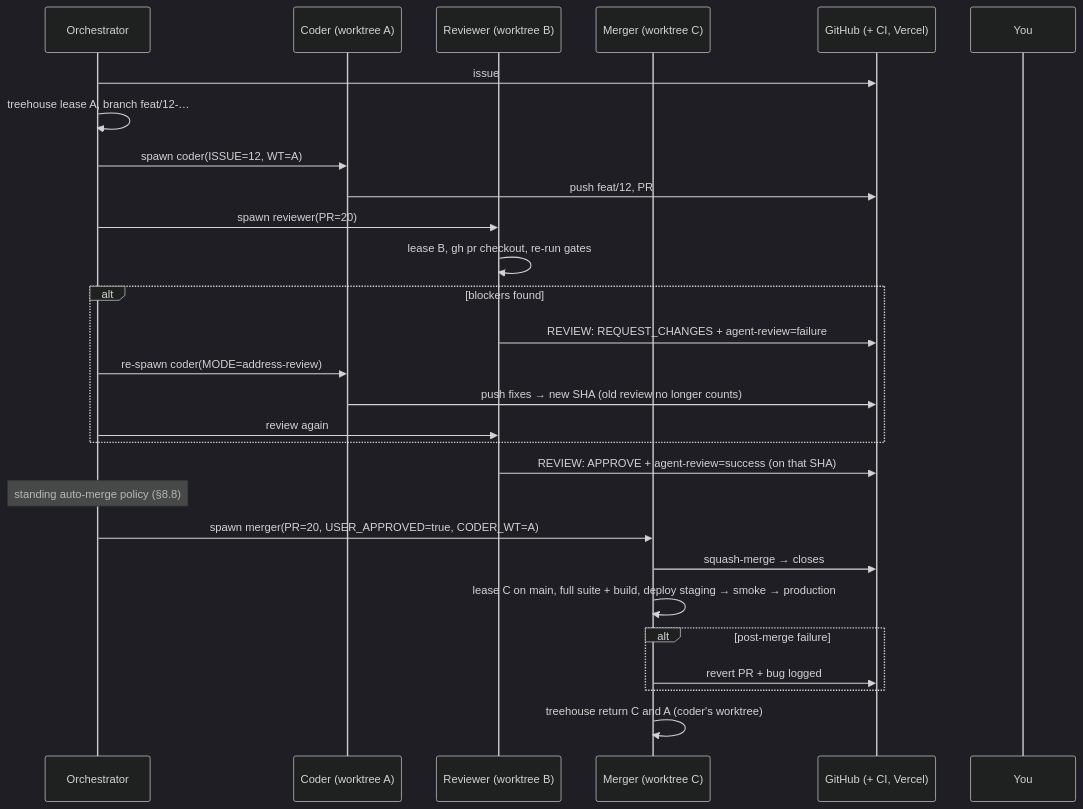
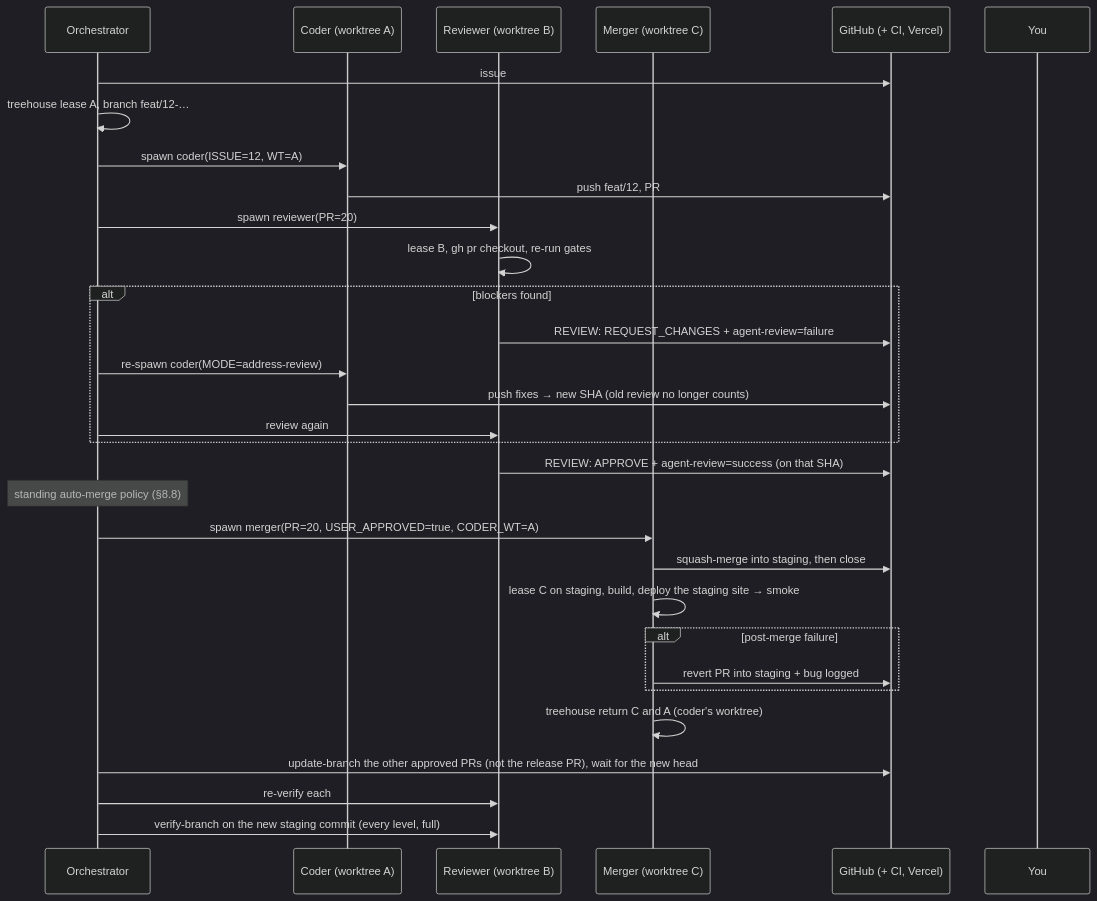
Before and after one commit to dangnguyenducanh/Zalo-Tele-intergrated-financial-apps: the first of 2 diagrams in docs/08-agent-workflow.md, drawn with Mermaid (dark theme). The commit also changed other lines of this file and 10 other files, not shown here.

First line of the commit message:
chore(harness): staging → main flow, orchestrator agent, feature map (#133)

````diff
--- a/docs/08-agent-workflow.md
+++ b/docs/08-agent-workflow.md
@@ -34,30 +37,33 @@
 ```mermaid
 sequenceDiagram
     participant O as Orchestrator
     participant C as Coder (worktree A)
     participant R as Reviewer (worktree B)
     participant M as Merger (worktree C)
     participant G as GitHub (+ CI, Vercel)
     participant U as You
     O->>G: issue #12 ready (status:ready)
     O->>O: treehouse lease A, branch feat/12-…
     O->>C: spawn coder(ISSUE=12, WT=A)
-    C->>G: push feat/12, PR #20 (status:in-review) → CI runs
+    C->>G: push feat/12, PR #20 into staging (status:in-review) → CI runs
     O->>R: spawn reviewer(PR=20)
     R->>R: lease B, gh pr checkout, re-run gates
     alt blockers found
         R->>G: REVIEW: REQUEST_CHANGES + agent-review=failure
         O->>C: re-spawn coder(MODE=address-review)
         C->>G: push fixes → new SHA (old review no longer counts)
         O->>R: review again
     end
     R->>G: REVIEW: APPROVE + agent-review=success (on that SHA)
     Note over O: standing auto-merge policy (§8.8)
     O->>M: spawn merger(PR=20, USER_APPROVED=true, CODER_WT=A)
-    M->>G: squash-merge → closes #12
-    M->>M: lease C on main, full suite + build, deploy staging → smoke → production
+    M->>G: squash-merge into staging, then close #12 (Closes only fires on main)
+    M->>M: lease C on staging, build, deploy the staging site → smoke
     alt post-merge failure
-        M->>G: revert PR + bug logged
+        M->>G: revert PR into staging + bug logged
     end
     M->>M: treehouse return C and A (coder's worktree)
+    O->>G: update-branch the other approved PRs (not the release PR), wait for the new head
+    O->>R: re-verify each
+    O->>R: verify-branch on the new staging commit (every level, full)
 ```
````
